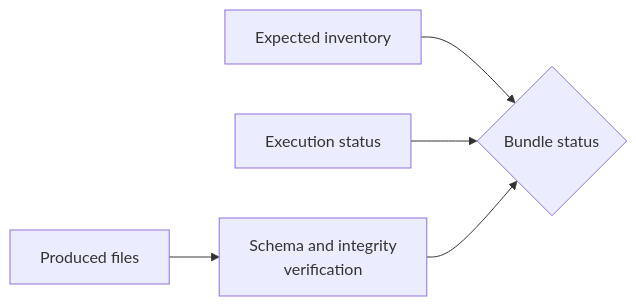
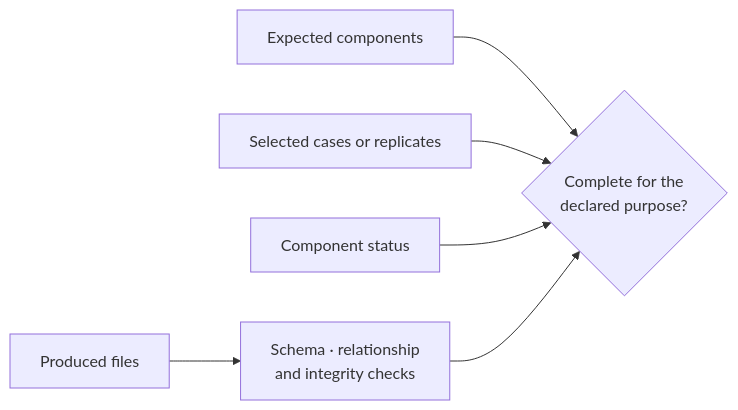
Before and after one commit to bijux/bijux-phylogenetics: the second of 2 diagrams in docs/01-bijux-phylogenetics/interfaces/artifact-contracts.md, drawn with Mermaid. The commit also changed other lines of this file and 4 other files, not shown here.

````diff
--- a/docs/01-bijux-phylogenetics/interfaces/artifact-contracts.md
+++ b/docs/01-bijux-phylogenetics/interfaces/artifact-contracts.md
@@ -64,12 +75,14 @@
 ```mermaid
 flowchart LR
-    expected["Expected inventory"]
-    execution["Execution status"]
+    expected["Expected components"]
+    selected["Selected cases or replicates"]
+    execution["Component status"]
     produced["Produced files"]
-    verify["Schema and integrity<br/>verification"]
-    complete{"Bundle status"}
+    verify["Schema · relationship<br/>and integrity checks"]
+    complete{"Complete for the<br/>declared purpose?"}
 
     expected --> complete
+    selected --> complete
     execution --> complete
     produced --> verify --> complete
 ```
````
